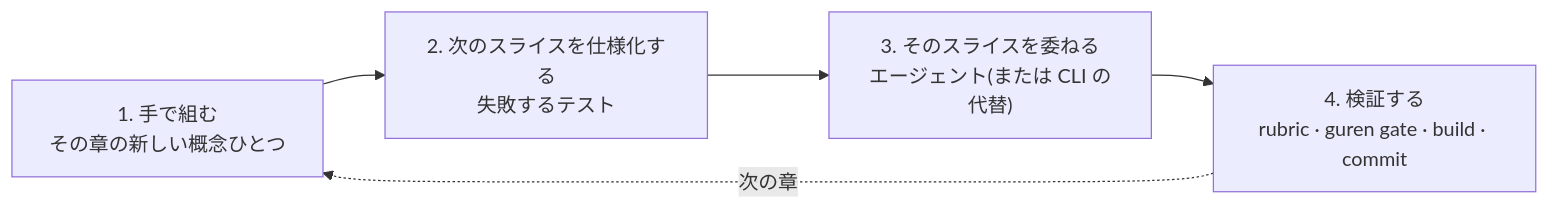
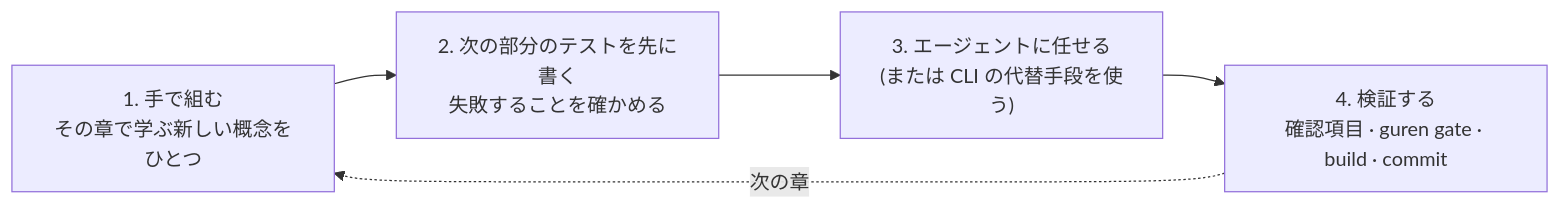
Before and after one commit to gurenjs/guren: the diagram in docs/ja/tutorials/00-overview.md, drawn with Mermaid. The commit also changed other lines of this file and 80 other files, not shown here.

````diff
--- a/docs/ja/tutorials/00-overview.md
+++ b/docs/ja/tutorials/00-overview.md
@@ -13,9 +13,9 @@
 ```mermaid
 flowchart LR
-  Hand["1. 手で組む<br/>その章の新しい概念ひとつ"]
-  Test["2. 次のスライスを仕様化する<br/>失敗するテスト"]
-  Agent["3. そのスライスを委ねる<br/>エージェント(または CLI の代替)"]
-  Verify["4. 検証する<br/>rubric · guren gate · build · commit"]
+  Hand["1. 手で組む<br/>その章で学ぶ新しい概念をひとつ"]
+  Test["2. 次の部分のテストを先に書く<br/>失敗することを確かめる"]
+  Agent["3. エージェントに任せる<br/>(または CLI の代替手段を使う)"]
+  Verify["4. 検証する<br/>確認項目 · guren gate · build · commit"]
   Hand --> Test --> Agent --> Verify
   Verify -. "次の章" .-> Hand
 ```
````
